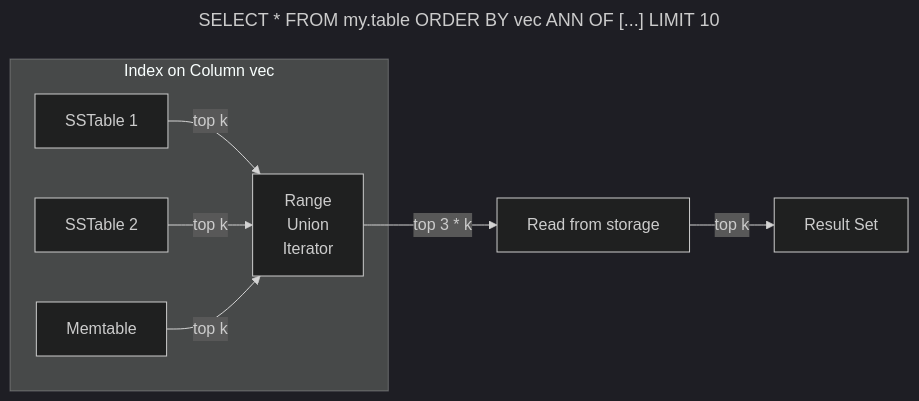
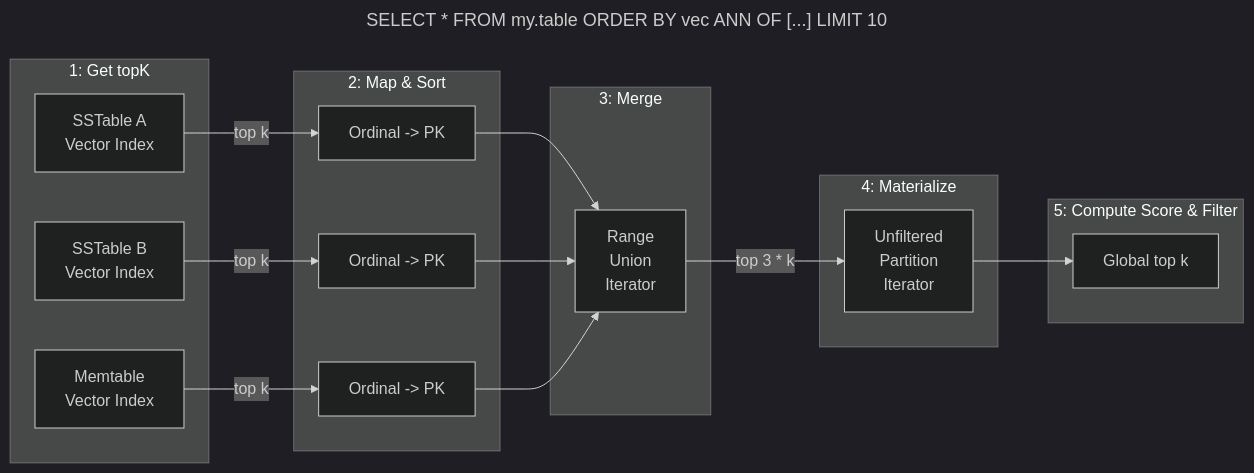
One commit to datastax/cassandra changed the first of 2 diagrams in src/java/org/apache/cassandra/index/sai/VECTOR.md. Above: the diagram before and after it, drawn with Mermaid (dark theme). The commit also changed other lines of this file, not shown here.

Commit message:
Update ANN only diagram

````diff
--- a/src/java/org/apache/cassandra/index/sai/VECTOR.md
+++ b/src/java/org/apache/cassandra/index/sai/VECTOR.md
@@ -31,13 +31,30 @@
 ```mermaid
 ---
 title: "SELECT * FROM my.table ORDER BY vec ANN OF [...] LIMIT 10"
 ---
 graph LR
-    subgraph Index on Column vec
-        G[SSTable 1] --top k--> J[Range\nUnion\nIterator]
-        H[SSTable 2] --top k--> J
-        I[Memtable] --top k--> J
+    subgraph 1: Get topK
+      G[SSTable A\nVector Index]
+      H[SSTable B\nVector Index]
+      I[Memtable\nVector Index]
     end
-    J --top 3 * k--> K[Read from storage]
-    K --top k--> L[Result Set]
+    subgraph "2: Map & Sort"
+        X[Ordinal -> PK]
+        Y[Ordinal -> PK]
+        Z[Ordinal -> PK]
+    end
+    subgraph 3: Merge
+        J
+    end
+    G --top k--> X --> J[Range\nUnion\nIterator]
+    H --top k--> Y --> J
+    I --top k--> Z --> J
+    subgraph "4: Materialize"
+        K[Unfiltered\nPartition\nIterator]
+    end
+    subgraph "5: Compute Score & Filter"
+        L[Global top k]
+    end
+    J --top 3 * k--> K
+    K --> L
 ```
````
